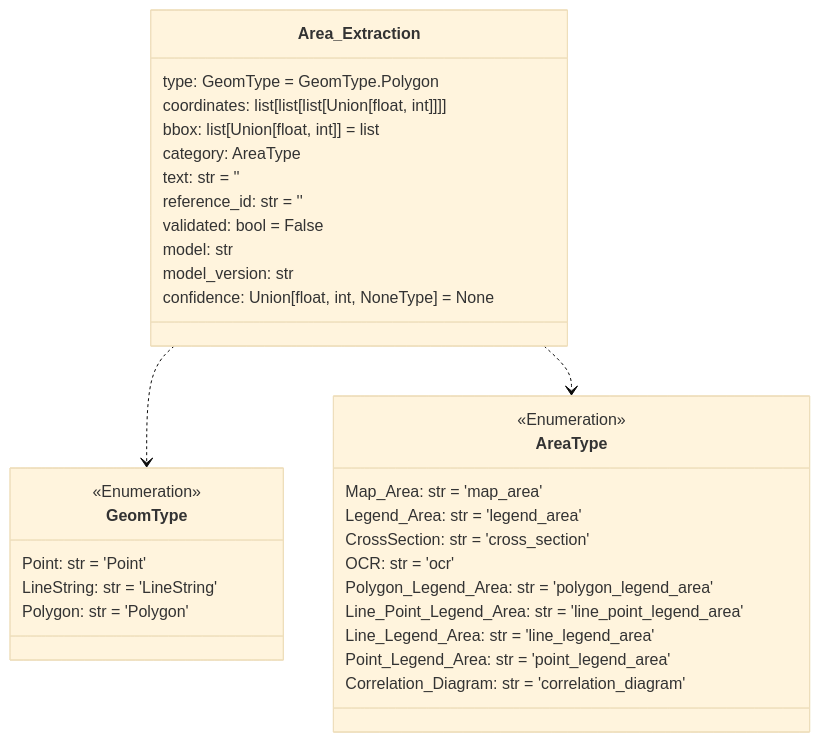
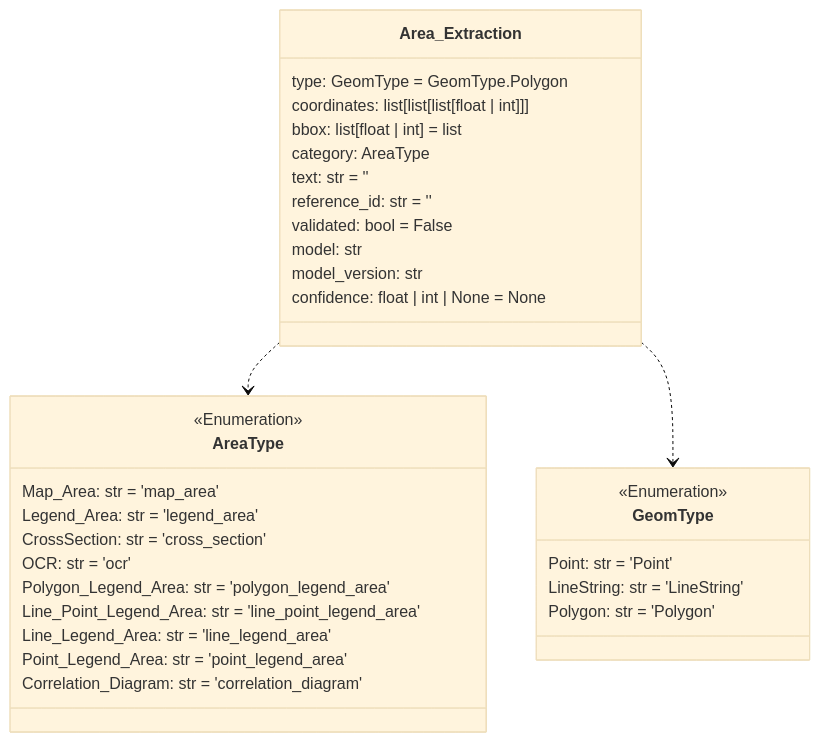
The first of 14 diagrams in README.md (DARPA-CRITICALMAAS/cdr_schemas), drawn with Mermaid (base theme) before and after one commit. The commit also changed other lines of this file and 4 other files, not shown here.

````diff
--- a/README.md
+++ b/README.md
@@ -68,41 +68,41 @@
 ```mermaid
 classDiagram
-
-    class GeomType {
-        <<Enumeration>>
-        Point: str = 'Point'
-        LineString: str = 'LineString'
-        Polygon: str = 'Polygon'
-    }
-
-    class Area_Extraction {
-        type: GeomType = GeomType.Polygon
-        coordinates: list[list[list[Union[float, int]]]]
-        bbox: list[Union[float, int]] = list
-        category: AreaType
-        text: str = ''
-        reference_id: str = ''
-        validated: bool = False
-        model: str
-        model_version: str
-        confidence: Union[float, int, NoneType] = None
-    }
 
     class AreaType {
         <<Enumeration>>
         Map_Area: str = 'map_area'
         Legend_Area: str = 'legend_area'
         CrossSection: str = 'cross_section'
         OCR: str = 'ocr'
         Polygon_Legend_Area: str = 'polygon_legend_area'
         Line_Point_Legend_Area: str = 'line_point_legend_area'
         Line_Legend_Area: str = 'line_legend_area'
         Point_Legend_Area: str = 'point_legend_area'
         Correlation_Diagram: str = 'correlation_diagram'
     }
 
+    class Area_Extraction {
+        type: GeomType = GeomType.Polygon
+        coordinates: list[list[list[float | int]]]
+        bbox: list[float | int] = list
+        category: AreaType
+        text: str = ''
+        reference_id: str = ''
+        validated: bool = False
+        model: str
+        model_version: str
+        confidence: float | int | None = None
+    }
+
+    class GeomType {
+        <<Enumeration>>
+        Point: str = 'Point'
+        LineString: str = 'LineString'
+        Polygon: str = 'Polygon'
+    }
+
+    Area_Extraction ..> AreaType
     Area_Extraction ..> GeomType
-    Area_Extraction ..> AreaType
 
 
 ```
````
